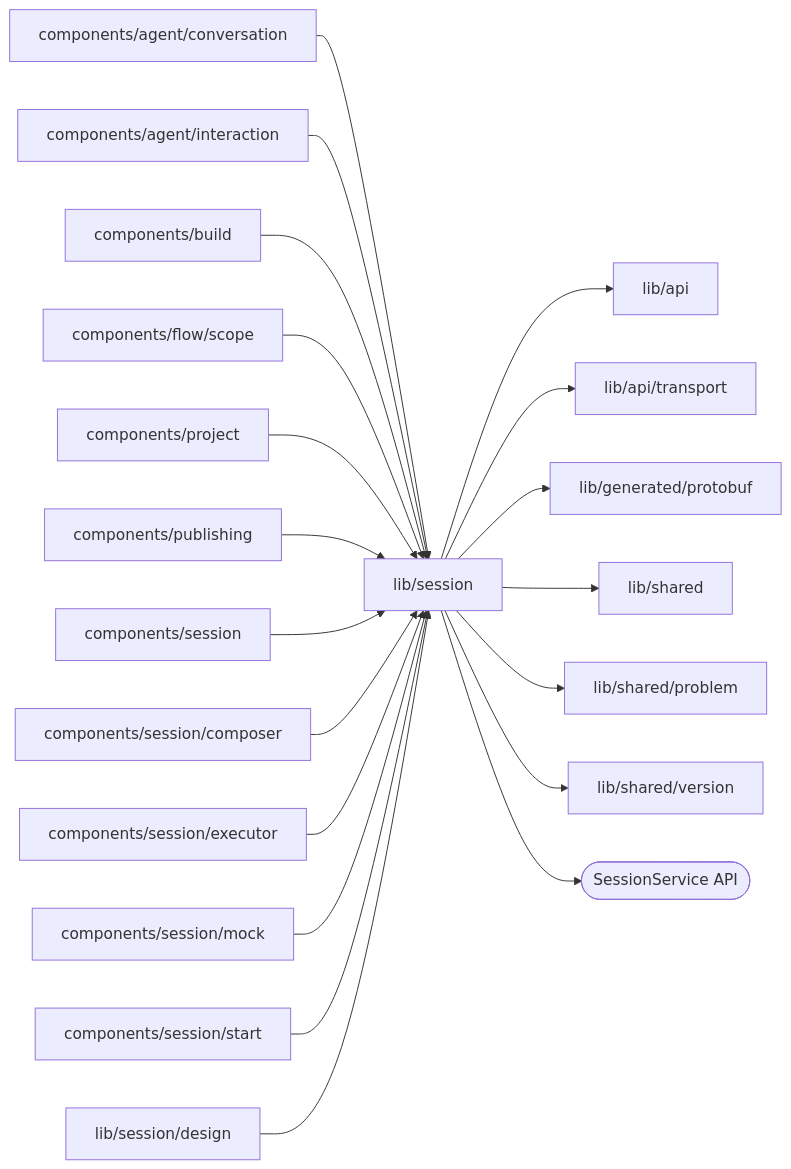
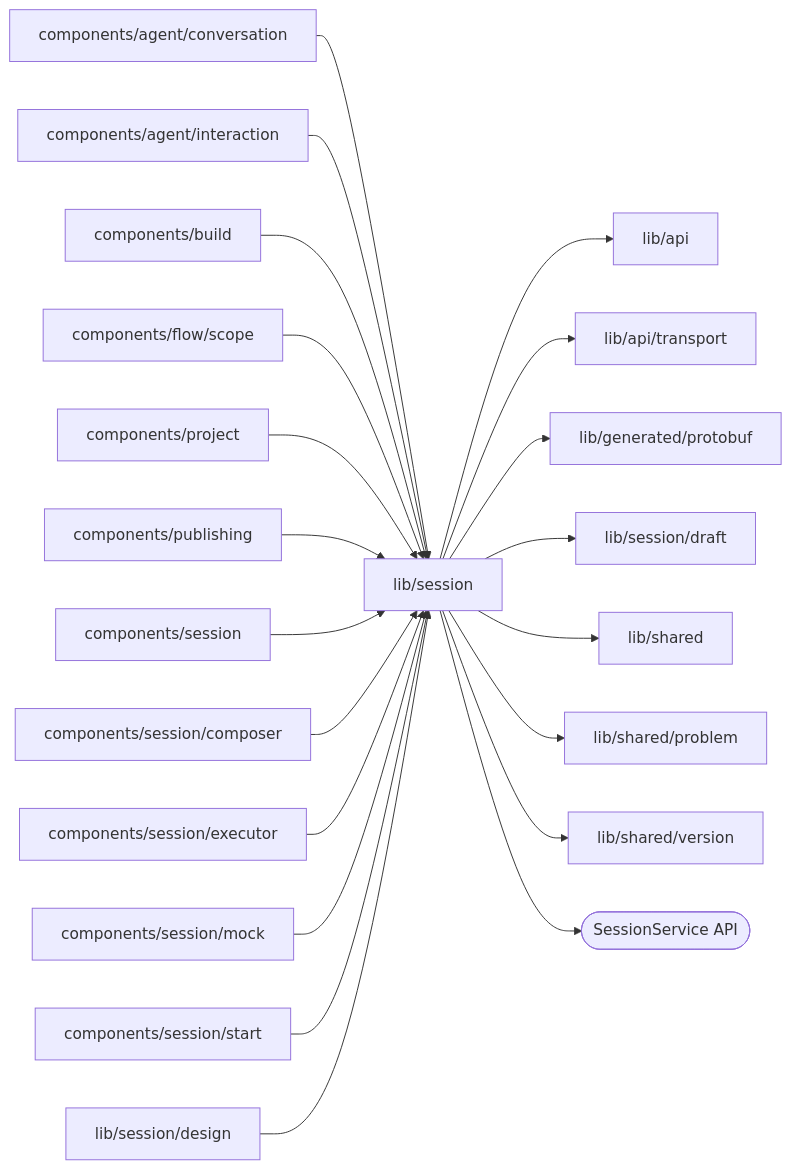
The diagram in web/studio/lib/session/README.md (superdurable/superverse), drawn with Mermaid before and after one commit. The commit also changed other lines of this file and 111 other files, not shown here.

````diff
--- a/web/studio/lib/session/README.md
+++ b/web/studio/lib/session/README.md
@@ -10,23 +10,24 @@
 ```mermaid
 flowchart LR
   self["lib/session"]
   c0["components/agent/conversation"] --> self
   c1["components/agent/interaction"] --> self
   c2["components/build"] --> self
   c3["components/flow/scope"] --> self
   c4["components/project"] --> self
   c5["components/publishing"] --> self
   c6["components/session"] --> self
   c7["components/session/composer"] --> self
   c8["components/session/executor"] --> self
   c9["components/session/mock"] --> self
   c10["components/session/start"] --> self
   c11["lib/session/design"] --> self
   self --> d0["lib/api"]
   self --> d1["lib/api/transport"]
   self --> d2["lib/generated/protobuf"]
-  self --> d3["lib/shared"]
-  self --> d4["lib/shared/problem"]
-  self --> d5["lib/shared/version"]
+  self --> d3["lib/session/draft"]
+  self --> d4["lib/shared"]
+  self --> d5["lib/shared/problem"]
+  self --> d6["lib/shared/version"]
   self --> e0(["SessionService API"])
 ```
````
